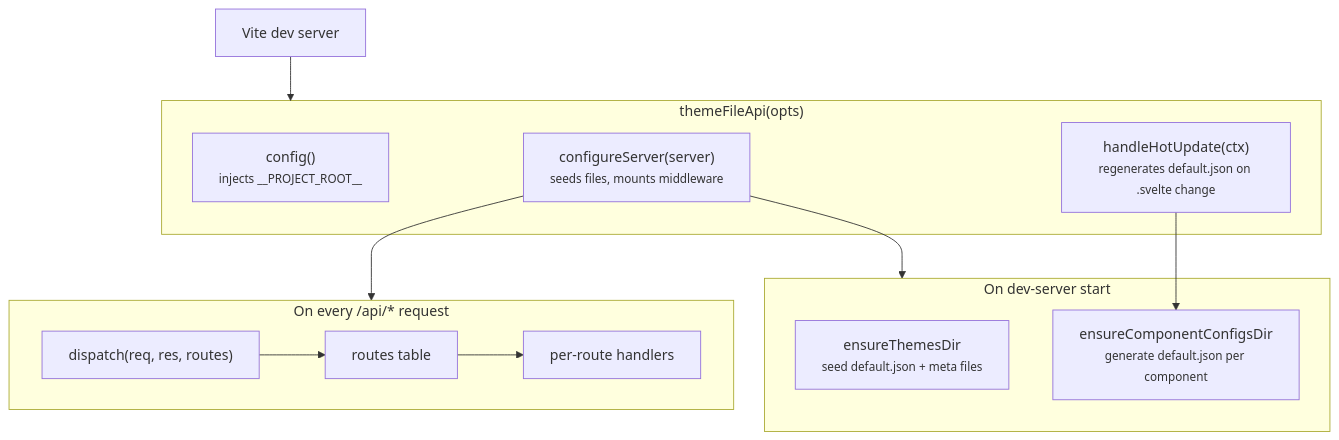
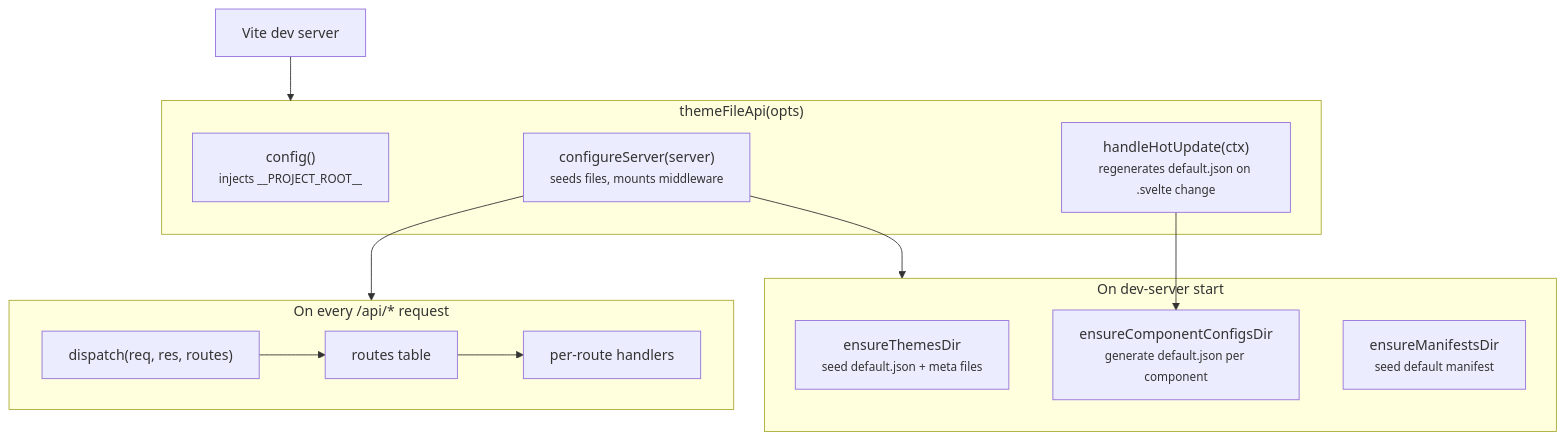
One commit to motionproto/live-tokens changed the first of 3 diagrams in docs/06-dev-server-plugin.md. Above: the diagram before and after it, drawn with Mermaid. The commit also changed other lines of this file and 11 other files, not shown here.

````diff
--- a/docs/06-dev-server-plugin.md
+++ b/docs/06-dev-server-plugin.md
@@ -35,26 +37,27 @@
 ```mermaid
 flowchart TB
     Vite[Vite dev server]
     subgraph Plugin["themeFileApi(opts)"]
         Config["config()<br/><small>injects __PROJECT_ROOT__</small>"]
         Configure["configureServer(server)<br/><small>seeds files, mounts middleware</small>"]
         HMR["handleHotUpdate(ctx)<br/><small>regenerates default.json on .svelte change</small>"]
     end
 
     subgraph Boot["On dev-server start"]
         SeedThemes["ensureThemesDir<br/><small>seed default.json + meta files</small>"]
         SeedComps["ensureComponentConfigsDir<br/><small>generate default.json per component</small>"]
+        SeedMan["ensureManifestsDir<br/><small>seed default manifest</small>"]
     end
 
     subgraph Middleware["On every /api/* request"]
         Dispatch["dispatch(req, res, routes)"]
         Routes[routes table]
         Handlers[per-route handlers]
     end
 
     Vite --> Plugin
     Configure --> Boot
     Configure --> Middleware
     Dispatch --> Routes --> Handlers
     HMR --> SeedComps
 ```
````
